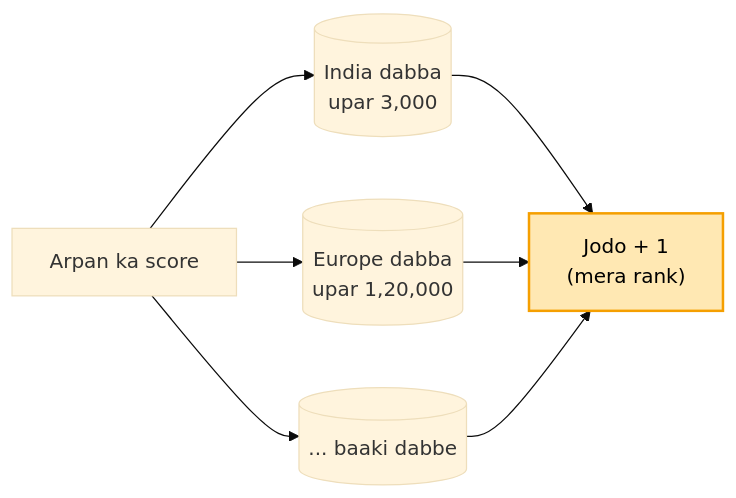
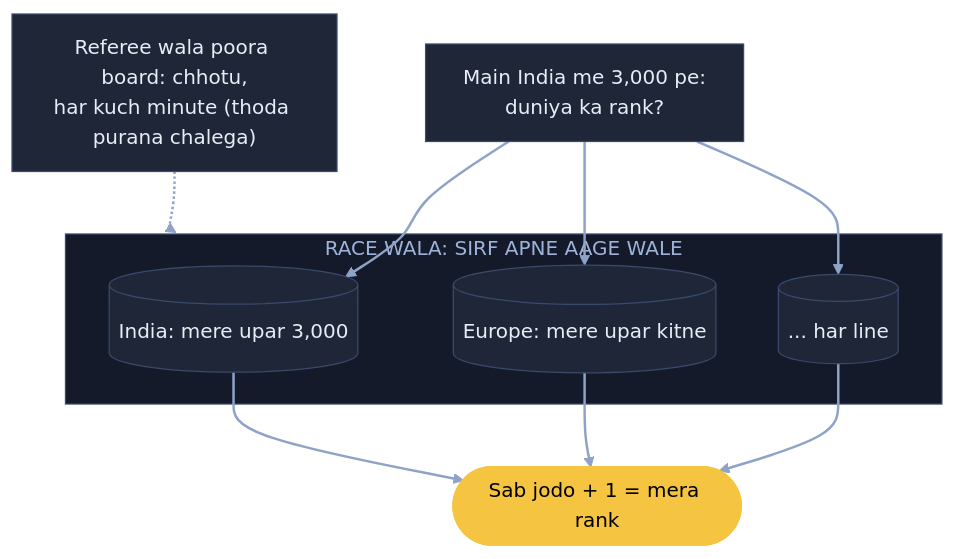
Before and after one commit to ArpanMaheshwari144/Prep: the third of 5 diagrams in 04_HLD/SYSTEM_DESIGNS/16_leaderboard/16_leaderboard.md, drawn with Mermaid (base theme). The commit also changed other lines of this file, not shown here.

Commit message:
Leaderboard: 5 diagram hand notes ke shabdon se

````diff
--- a/04_HLD/SYSTEM_DESIGNS/16_leaderboard/16_leaderboard.md
+++ b/04_HLD/SYSTEM_DESIGNS/16_leaderboard/16_leaderboard.md
@@ -86,10 +113,24 @@
 ```mermaid
-flowchart LR
-    A["Arpan ka score"] --> I[("India dabba<br/>upar 3,000")]
-    A --> E[("Europe dabba<br/>upar 1,20,000")]
-    A --> O[("... baaki dabbe")]
-    I --> J["Jodo + 1<br/>(mera rank)"]
-    E --> J
-    O --> J
-    style J fill:#ffe8b3,stroke:#f59f00,stroke-width:2px,color:#000
+flowchart TB
+    A["Main India me 3,000 pe:<br/>duniya ka rank?"]:::card
+    subgraph RW["RACE WALA: SIRF APNE AAGE WALE"]
+        I[("India: mere upar 3,000")]:::card
+        E[("Europe: mere upar kitne")]:::card
+        N[("... har line")]:::card
+    end
+    R(["Sab jodo + 1 = mera rank"]):::pill
+    F["Referee wala poora board: chhotu,<br/>har kuch minute (thoda purana chalega)"]:::card
+    A --> I
+    A --> E
+    A --> N
+    I --> R
+    E --> R
+    N --> R
+    F -.-> RW
+    linkStyle default stroke:#8fa3c7,stroke-width:2px
+    classDef card fill:#1e2638,stroke:#3a4a6b,color:#e8ecf5
+    classDef pill fill:#f5c542,stroke:#f5c542,color:#000
+    classDef good fill:#2e7d4f,stroke:#3fbf6f,color:#fff
+    classDef bad fill:#5c1f24,stroke:#e05561,color:#fff
+    style RW fill:#141a29,stroke:#3a4a6b,color:#9fb3d9
 ```
````
